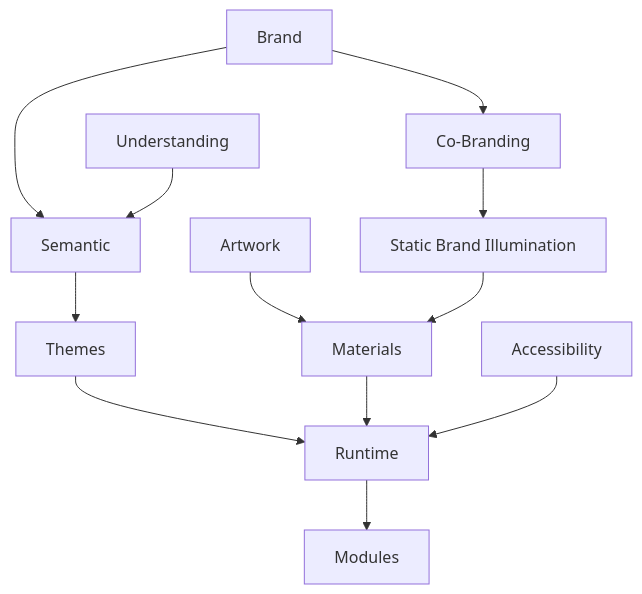
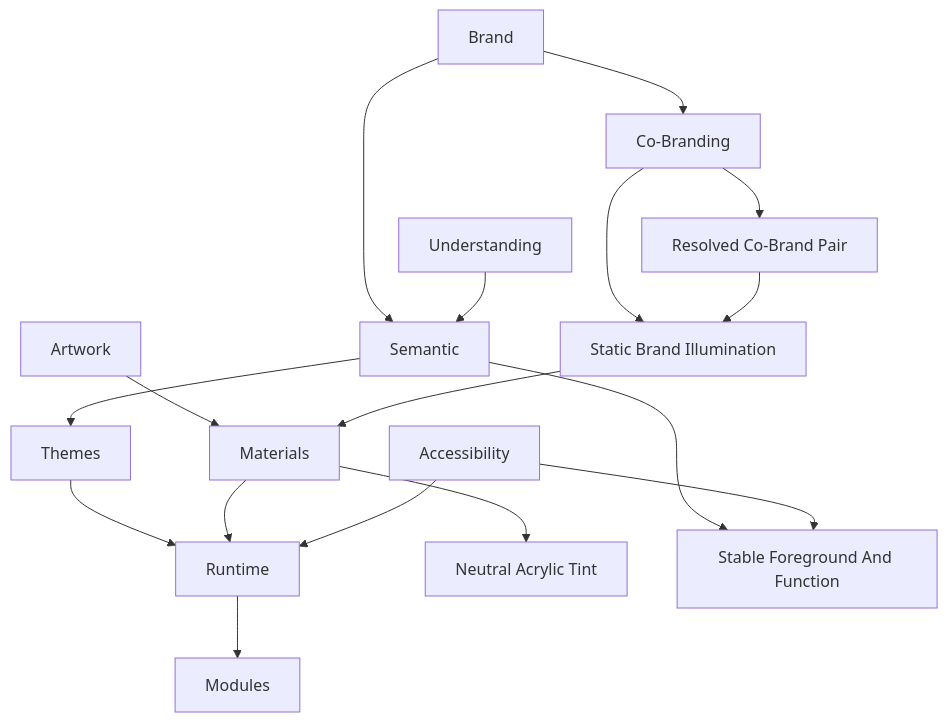
The diagram in docs/design/system/mds-002-colour-system/12-adrs.md (mosaic-media/architecture), drawn with Mermaid before and after one commit. The commit also changed other lines of this file and 10 other files, not shown here.

Commit message:
docs(mds-002): govern tint and co-brand colour resolution

````diff
--- a/docs/design/system/mds-002-colour-system/12-adrs.md
+++ b/docs/design/system/mds-002-colour-system/12-adrs.md
@@ -346,35 +438,43 @@
 ```mermaid
 flowchart TD
 
 ADR097["Brand"]
 
 ADR098["Artwork"]
 
 ADR099["Semantic"]
 
 ADR100["Accessibility"]
 
 ADR101["Themes"]
 
 ADR102["Runtime"]
 
 ADR103["Materials"]
 
 ADR104["Modules"]
 
 ADR105["Understanding"]
 ADR106["Co-Branding"]
 ADR107["Static Brand Illumination"]
+ADR108["Neutral Acrylic Tint"]
+ADR109["Resolved Co-Brand Pair"]
+ADR110["Stable Foreground And Function"]
 
 ADR097 --> ADR099
 ADR099 --> ADR101
 ADR101 --> ADR102
 ADR098 --> ADR103
 ADR103 --> ADR102
 ADR100 --> ADR102
 ADR102 --> ADR104
 ADR105 --> ADR099
 ADR097 --> ADR106
 ADR106 --> ADR107
 ADR107 --> ADR103
+ADR103 --> ADR108
+ADR106 --> ADR109
+ADR109 --> ADR107
+ADR099 --> ADR110
+ADR100 --> ADR110
 ```
````
